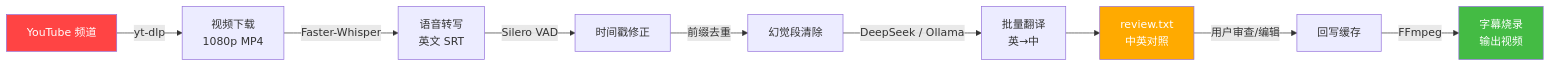
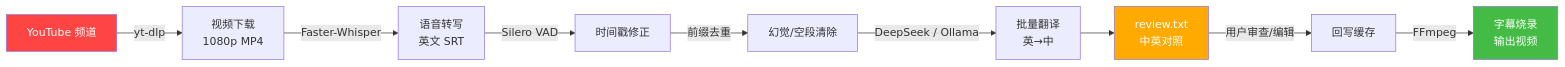
Before and after one commit to imgaayeoll-arch/VlogTrans: the first of 2 diagrams in README.md, drawn with Mermaid. The commit also changed other lines of this file and 1 other file, not shown here.

````diff
--- a/README.md
+++ b/README.md
@@ -34,15 +36,15 @@
 ```mermaid
 flowchart LR
     A[YouTube 频道] -->|yt-dlp| B[视频下载<br/>1080p MP4]
     B -->|Faster-Whisper| C[语音转写<br/>英文 SRT]
     C -->|Silero VAD| D[时间戳修正]
-    D -->|前缀去重| E[幻觉段清除]
+    D -->|前缀去重| E[幻觉/空段清除]
     E -->|DeepSeek / Ollama| F[批量翻译<br/>英→中]
     F --> G[review.txt<br/>中英对照]
     G -->|用户审查/编辑| H[回写缓存]
     H -->|FFmpeg| I[字幕烧录<br/>输出视频]
 
     style A fill:#ff4444,color:#fff
     style I fill:#44bb44,color:#fff
     style G fill:#ffaa00,color:#fff
 ```
````
